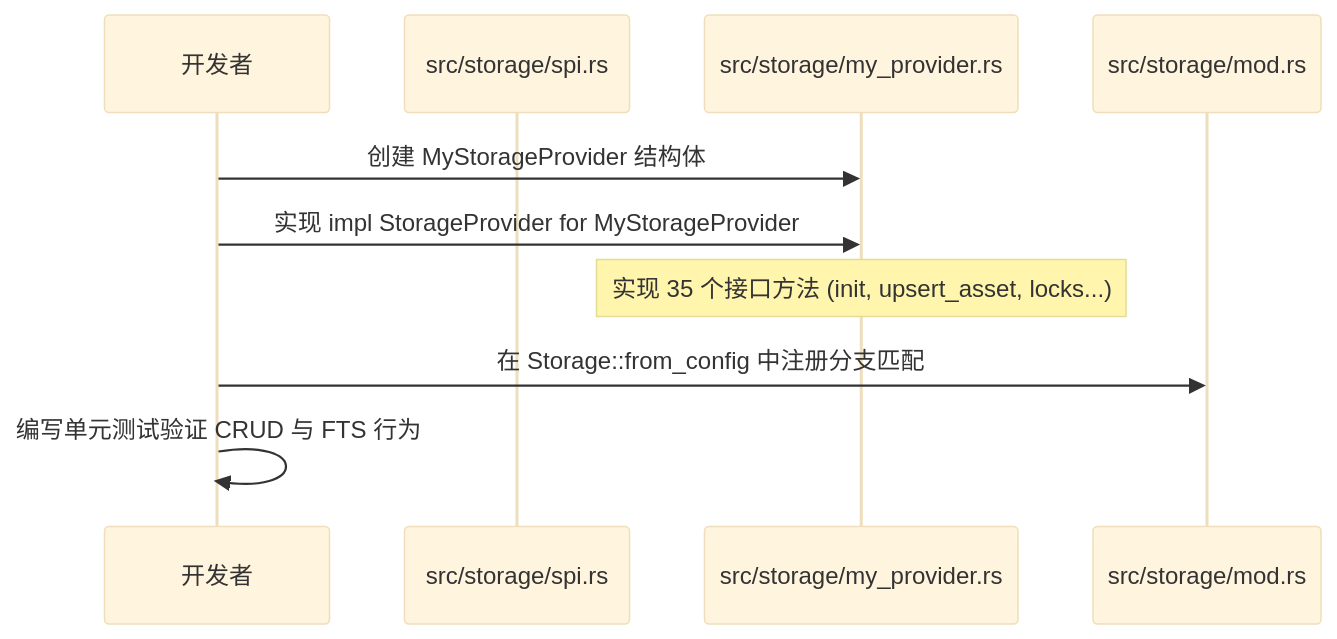
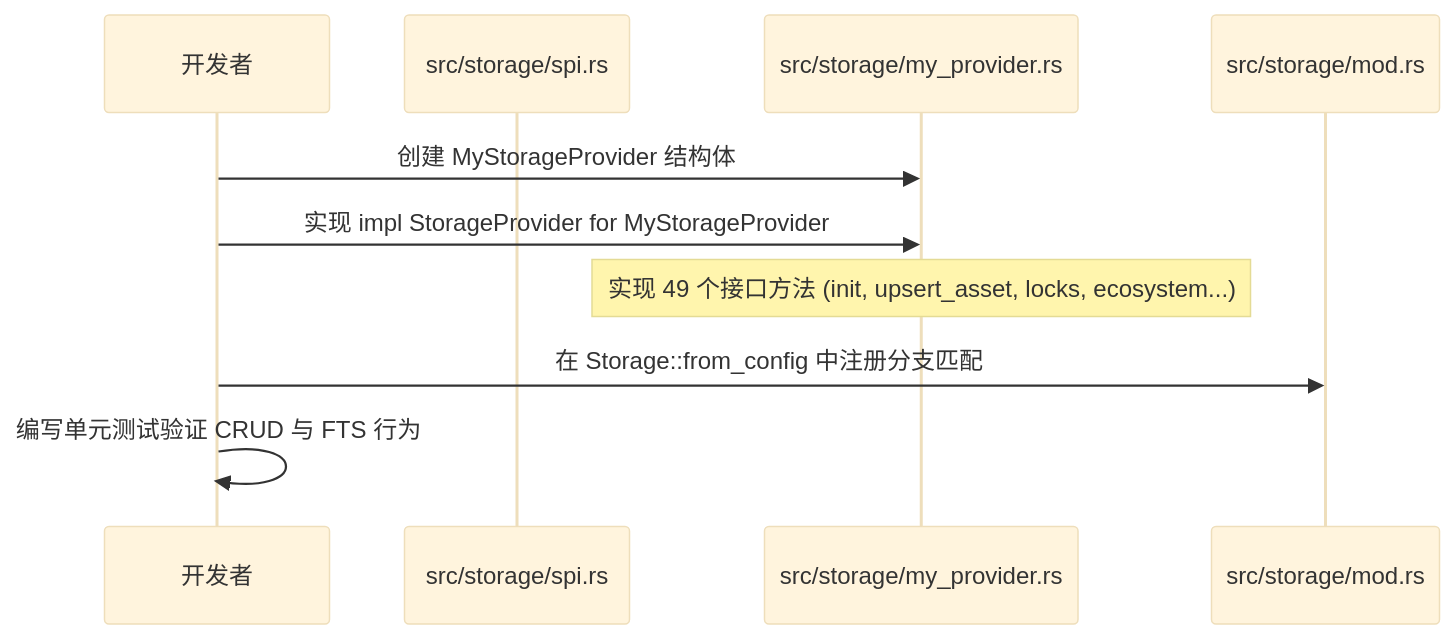
Before and after one commit to digoal/agent-body: the second of 2 diagrams in arch/02-for-developers.md, drawn with Mermaid (base theme). The commit also changed other lines of this file and 41 other files, not shown here.

````diff
--- a/arch/02-for-developers.md
+++ b/arch/02-for-developers.md
@@ -141,13 +151,13 @@
 ```mermaid
 sequenceDiagram
     participant Dev as 开发者
     participant SPI as src/storage/spi.rs
     participant Impl as src/storage/my_provider.rs
     participant Facade as src/storage/mod.rs
 
     Dev->>Impl: 创建 MyStorageProvider 结构体
     Dev->>Impl: 实现 impl StorageProvider for MyStorageProvider
-    Note over Impl: 实现 35 个接口方法 (init, upsert_asset, locks...)
+    Note over Impl: 实现 49 个接口方法 (init, upsert_asset, locks, ecosystem...)
     Dev->>Facade: 在 Storage::from_config 中注册分支匹配
     Dev->>Dev: 编写单元测试验证 CRUD 与 FTS 行为
 ```
````
